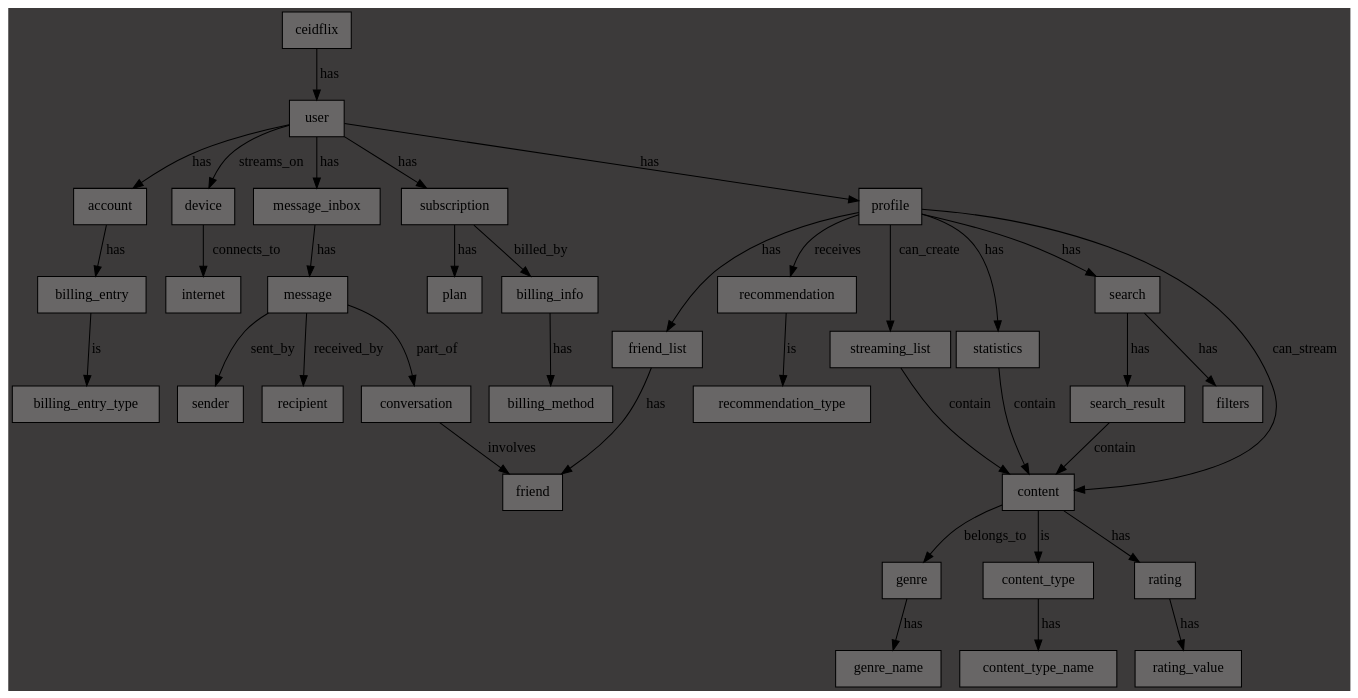
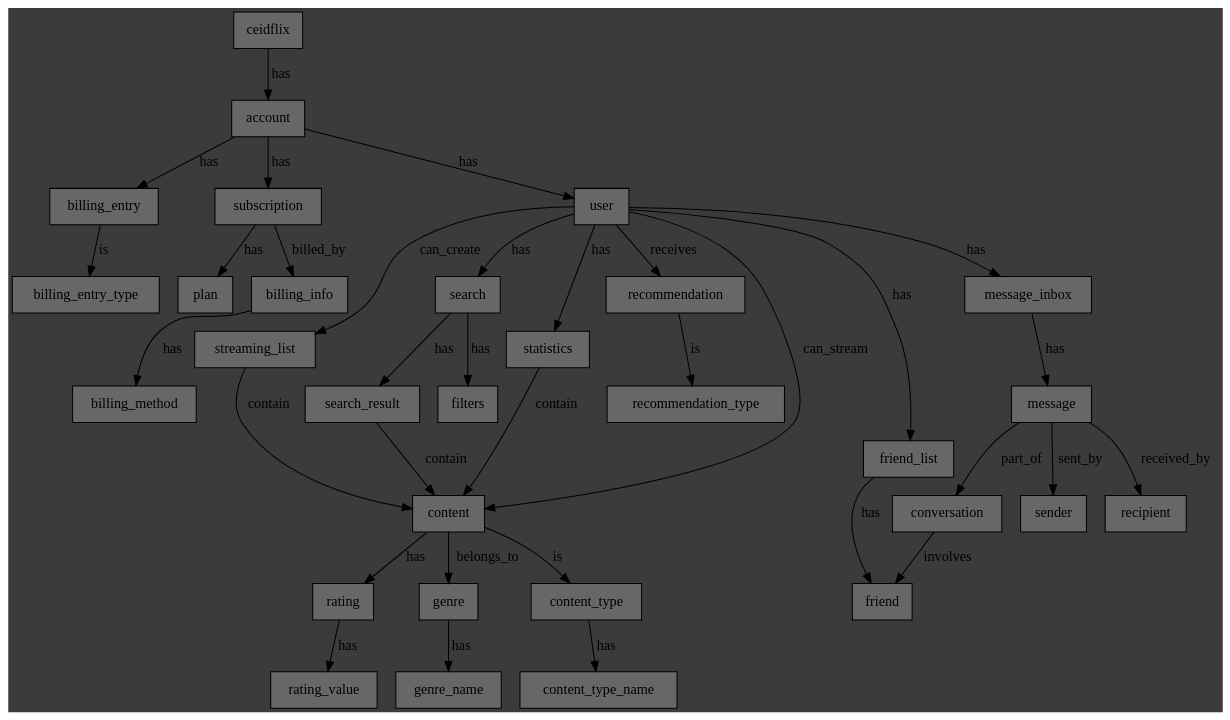
The diagram in finals/diaag.dot (magaiver007/soft_eng_ceidflix), drawn with Graphviz before and after one commit. The commit also changed 1 other file, not shown here.

```diff
--- a/finals/diaag.dot
+++ b/finals/diaag.dot
@@ -1,57 +1,53 @@
 digraph ceidflix {
   //to export dot -Tpng diaag.dot -o finalDomainDiag.png
 
   bgcolor="#3c3a3a"
 
   node [shape=box , style= filled , fillcolor= "#686666",color = "#000000"];  
   
-  ceidflix -> user [label="has"];
+  ceidflix -> account [label="has"];
     //(1)
-    user -> account [label="has"];
       account -> billing_entry [label="has"];
         billing_entry -> billing_entry_type [label="is"];
-    //(2)
-    user -> device [label="streams_on"];
-      device -> internet [label="connects_to"];
-    //(2)
-    user -> message_inbox [label="has"];
-      message_inbox -> message [label="has"];
-        message -> sender [label="sent_by"];
-        message -> recipient [label="received_by"];
-        message -> conversation [label="part_of"];
-          conversation -> friend [label="involves"];
-    //(3)
-    user -> subscription [label="has"];
+   //(2)
+    account -> subscription [label="has"];
       subscription -> plan [label="has"];
       subscription -> billing_info [label="billed_by"];
         billing_info -> billing_method [label="has"];
-    //(4)
-    user -> profile [label="has"];
-      profile -> statistics [label="has"];
+    //(3)
+    account -> user [label="has"];
+    //(3.1)
+      user -> statistics [label="has"];
         statistics -> content [label="contain"] 
-      //(4.1)
-      profile -> content [label="can_stream"];
+    //(3.2)
+      user -> message_inbox [label="has"];
+        message_inbox -> message [label="has"];
+          message -> sender [label="sent_by"];
+          message -> recipient [label="received_by"];
+          message -> conversation [label="part_of"];
+            conversation -> friend [label="involves"];
+      //(3.3)
+      user -> content [label="can_stream"];
         content -> genre [label="belongs_to"];
           genre -> genre_name [label="has"];
         content -> content_type [label="is"];
           content_type -> content_type_name [label="has"];
         content -> rating [label="has"];
           rating -> rating_value [label="has"];
-      //(4.2)
-      profile -> streaming_list [label="can_create"];
+      //(3.4)
+      user -> streaming_list [label="can_create"];
         streaming_list -> content [label="contain"]
-      //(4.3)
-      profile -> friend_list [label="has"]  
+      //(3.5)
+      user -> friend_list [label="has"]  
         friend_list -> friend [label="has"];
-      //(4.4)
-      profile -> search [label="has"];
+      //(3.6)
+      user -> search [label="has"];
         search -> search_result [label="has"];
           search -> filters [label="has"];
           search_result -> content [label="contain"];
-      //(4.5)
-      profile -> recommendation [label="receives"];
+      //(3.7)
+      user -> recommendation [label="receives"];
         recommendation -> recommendation_type [label="is"];
-      
-      
+            
   
 }
```
